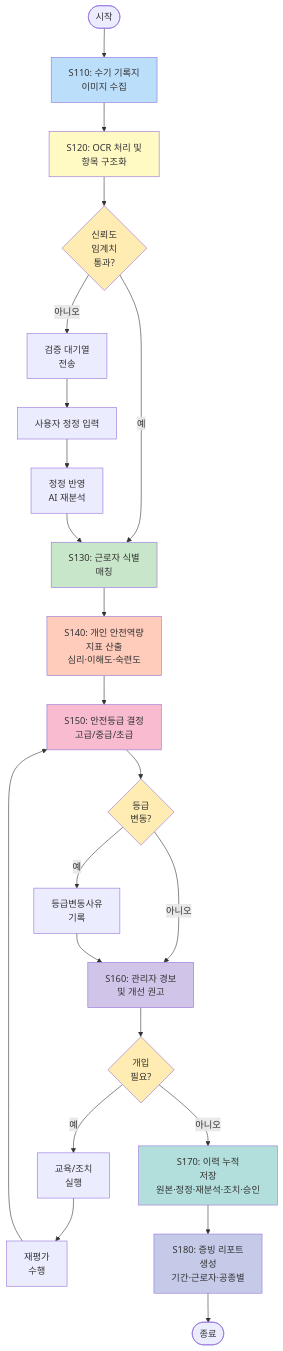
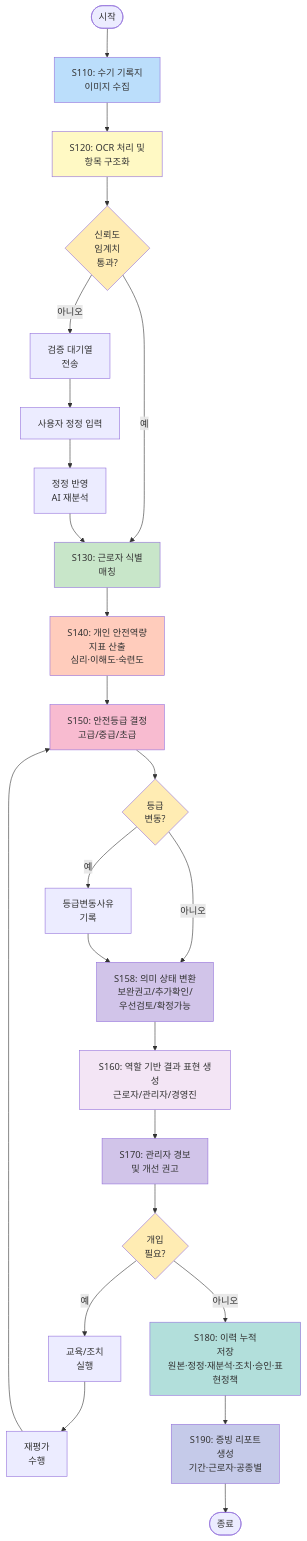
The diagram in patent/12_도면2_방법흐름도_시각화가이드.md (TELLOWSS/NEW-PSI), drawn with Mermaid before and after one commit. The commit also changed other lines of this file and 40 other files, not shown here.

````diff
--- a/patent/12_도면2_방법흐름도_시각화가이드.md
+++ b/patent/12_도면2_방법흐름도_시각화가이드.md
@@ -12,47 +12,53 @@
 ```mermaid
 flowchart TD
     START([시작]) --> S110
     
     S110[S110: 수기 기록지<br/>이미지 수집] --> S120
     
     S120[S120: OCR 처리 및<br/>항목 구조화] --> S125{신뢰도<br/>임계치<br/>통과?}
     
         S125 -->|예| S130
         S125 -->|아니오| S126[검증 대기열<br/>전송]
         S126 --> S127[사용자 정정 입력]
         S127 --> S128[정정 반영<br/>AI 재분석]
         S128 --> S130
     
     S130[S130: 근로자 식별<br/>매칭] --> S140
     
     S140[S140: 개인 안전역량<br/>지표 산출<br/>심리·이해도·숙련도] --> S150
     
     S150[S150: 안전등급 결정<br/>고급/중급/초급] --> S155{등급<br/>변동?}
     
-    S155 -->|예| S156[등급변동사유<br/>기록]
-    S155 -->|아니오| S160
-    S156 --> S160
+        S155 -->|예| S156[등급변동사유<br/>기록]
+        S155 -->|아니오| S158
+        S156 --> S158
     
-    S160[S160: 관리자 경보<br/>및 개선 권고] --> S165{개입<br/>필요?}
+        S158[S158: 의미 상태 변환<br/>보완권고/추가확인/<br/>우선검토/확정가능] --> S160
+
+        S160[S160: 역할 기반 결과 표현 생성<br/>근로자/관리자/경영진] --> S170
+
+        S170[S170: 관리자 경보<br/>및 개선 권고] --> S175{개입<br/>필요?}
     
-    S165 -->|예| S166[교육/조치<br/>실행]
-    S165 -->|아니오| S170
-    S166 --> S167[재평가<br/>수행]
-    S167 --> S150
+        S175 -->|예| S176[교육/조치<br/>실행]
+        S175 -->|아니오| S180
+        S176 --> S177[재평가<br/>수행]
+        S177 --> S150
     
-        S170[S170: 이력 누적<br/>저장<br/>원본·정정·재분석·조치·승인] --> S180
+                S180[S180: 이력 누적<br/>저장<br/>원본·정정·재분석·조치·승인·표현정책] --> S190
     
-    S180[S180: 증빙 리포트<br/>생성<br/>기간·근로자·공종별] --> END([종료])
+        S190[S190: 증빙 리포트<br/>생성<br/>기간·근로자·공종별] --> END([종료])
     
     style S110 fill:#bbdefb
     style S120 fill:#fff9c4
     style S130 fill:#c8e6c9
     style S140 fill:#ffccbc
     style S150 fill:#f8bbd0
-    style S160 fill:#d1c4e9
-    style S170 fill:#b2dfdb
-    style S180 fill:#c5cae9
+        style S158 fill:#d1c4e9
+        style S160 fill:#f3e5f5
+        style S170 fill:#d1c4e9
+        style S180 fill:#b2dfdb
+        style S190 fill:#c5cae9
     style S125 fill:#ffecb3
     style S155 fill:#ffecb3
-    style S165 fill:#ffecb3
+        style S175 fill:#ffecb3
 ```
````
